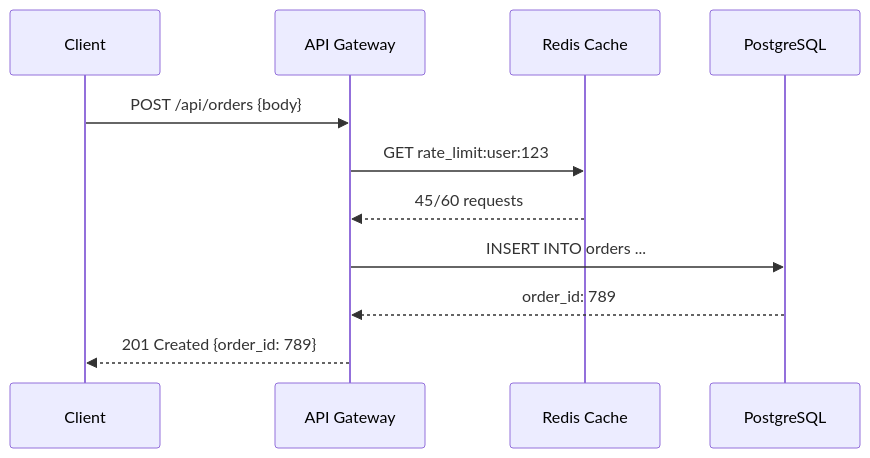
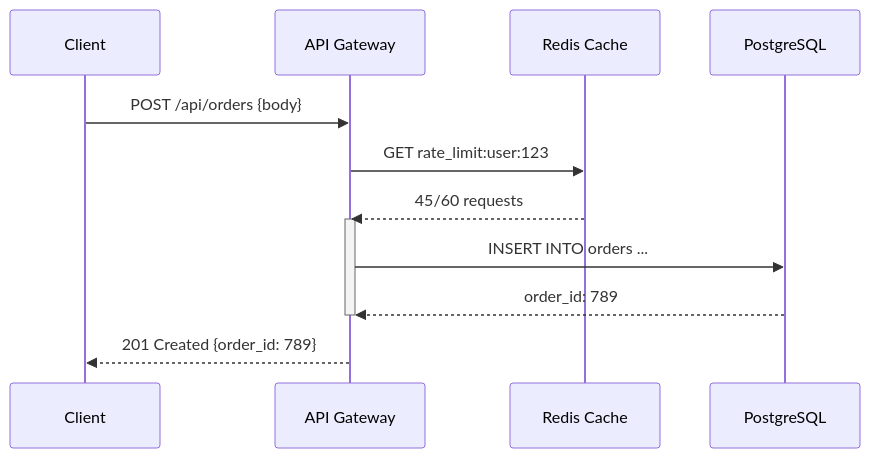
The second of 3 diagrams in archimind/skills/design-architecture/references/mermaid-guidelines.md (sembraniteam/claude-plugins), drawn with Mermaid before and after one commit. The commit also changed other lines of this file and 3 other files, not shown here.

First line of the commit message:
feat(archimind): add Mermaid architecture-beta diagram type to all option tabs

````diff
--- a/archimind/skills/design-architecture/references/mermaid-guidelines.md
+++ b/archimind/skills/design-architecture/references/mermaid-guidelines.md
@@ -37,13 +101,15 @@
 ```mermaid
 sequenceDiagram
   participant Client
   participant API as API Gateway
   participant Cache as Redis Cache
   participant DB as PostgreSQL
   Client->>API: POST /api/orders {body}
   API->>Cache: GET rate_limit:user:123
   Cache-->>API: 45/60 requests
+  activate API
   API->>DB: INSERT INTO orders ...
   DB-->>API: order_id: 789
+  deactivate API
   API-->>Client: 201 Created {order_id: 789}
 ```
````
